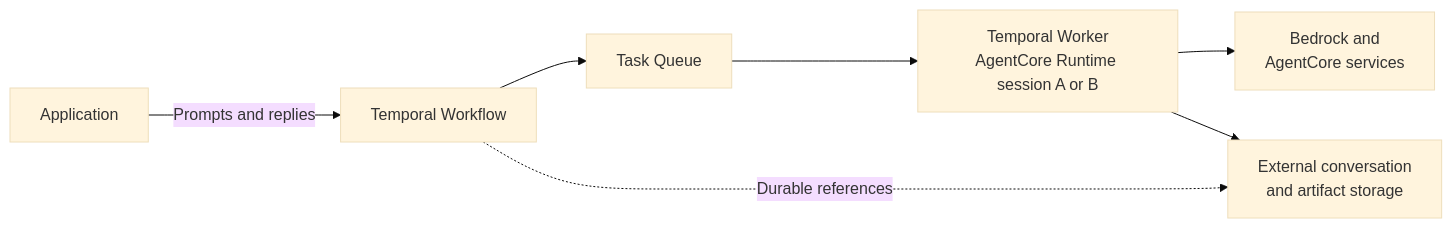
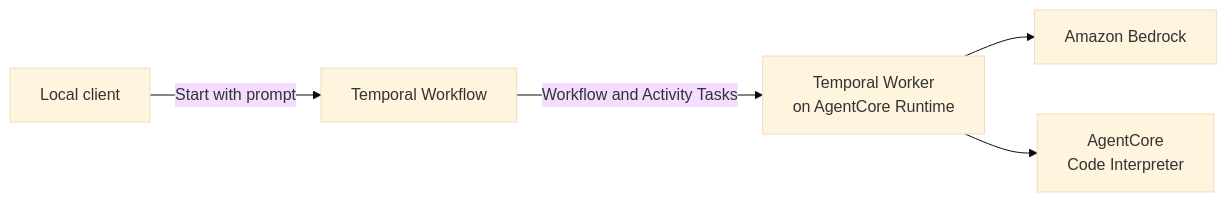
One commit to temporalio/documentation changed the diagram in docs/guides/durable-agent-on-agentcore.mdx. Above: the diagram before and after it, drawn with Mermaid (base theme). The commit also changed other lines of this file and 3 other files, not shown here.

Commit message:
Base AgentCore tutorial on Python sample

````diff
--- a/docs/guides/durable-agent-on-agentcore.mdx
+++ b/docs/guides/durable-agent-on-agentcore.mdx
@@ -52,9 +44,7 @@
 ```mermaid
 flowchart LR
-    APP[Application] -->|Prompts and replies| WF[Temporal Workflow]
-    WF --> TQ[Task Queue]
-    TQ --> W[Temporal Worker<br/>AgentCore Runtime session A or B]
-    W --> AWS[Bedrock and<br/>AgentCore services]
-    W --> STORE[External conversation<br/>and artifact storage]
-    WF -.->|Durable references| STORE
+    APP[Local client] -->|Start with prompt| WF[Temporal Workflow]
+    WF -->|Workflow and Activity Tasks| W[Temporal Worker<br/>on AgentCore Runtime]
+    W --> MODEL[Amazon Bedrock]
+    W --> TOOL[AgentCore<br/>Code Interpreter]
 ```
````
